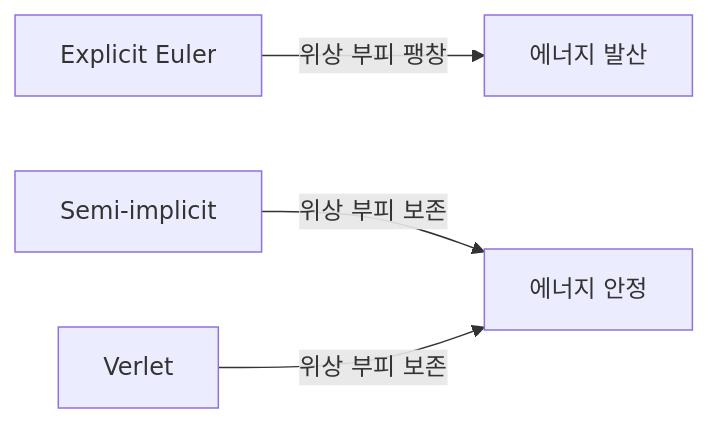
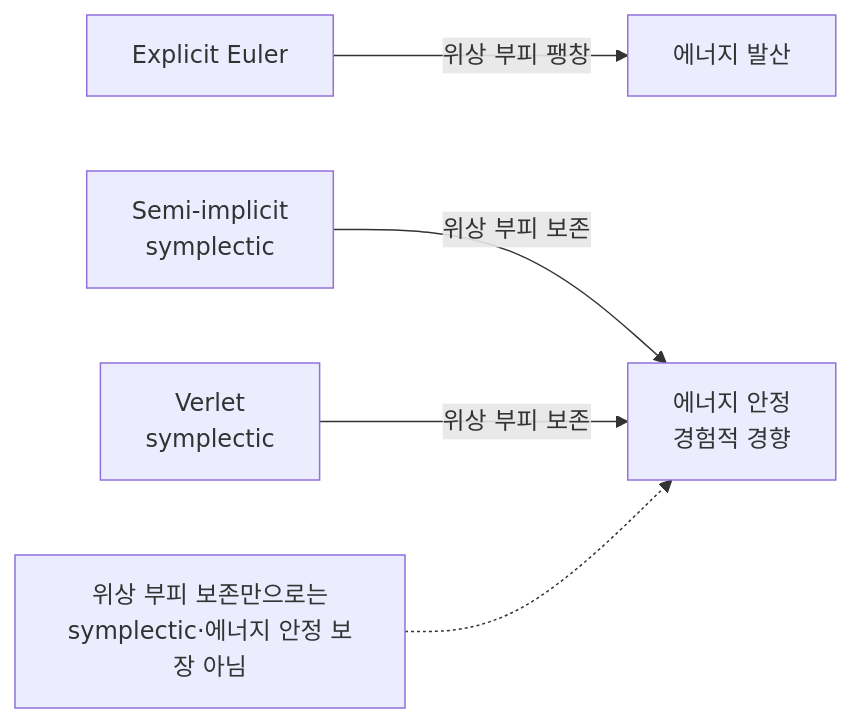
Before and after one commit to Rein-ArXiv/game-dev-curriculum: the third of 3 diagrams in physics/part01_kinematics.md, drawn with Mermaid. The commit also changed other lines of this file and 279 other files, not shown here.

````diff
--- a/physics/part01_kinematics.md
+++ b/physics/part01_kinematics.md
@@ -391,6 +394,7 @@
 ```mermaid
 flowchart LR
     Explicit[Explicit Euler] -->|위상 부피 팽창| EnergyGain[에너지 발산]
-    SemiImpl[Semi-implicit] -->|위상 부피 보존| EnergyStable[에너지 안정]
-    Verlet[Verlet] -->|위상 부피 보존| EnergyStable
+    SemiImpl[Semi-implicit<br/>symplectic] -->|위상 부피 보존| EnergyStable[에너지 안정<br/>경험적 경향]
+    Verlet[Verlet<br/>symplectic] -->|위상 부피 보존| EnergyStable
+    VolumeOnly[위상 부피 보존만으로는<br/>symplectic·에너지 안정 보장 아님] -.-> EnergyStable
 ```
````
